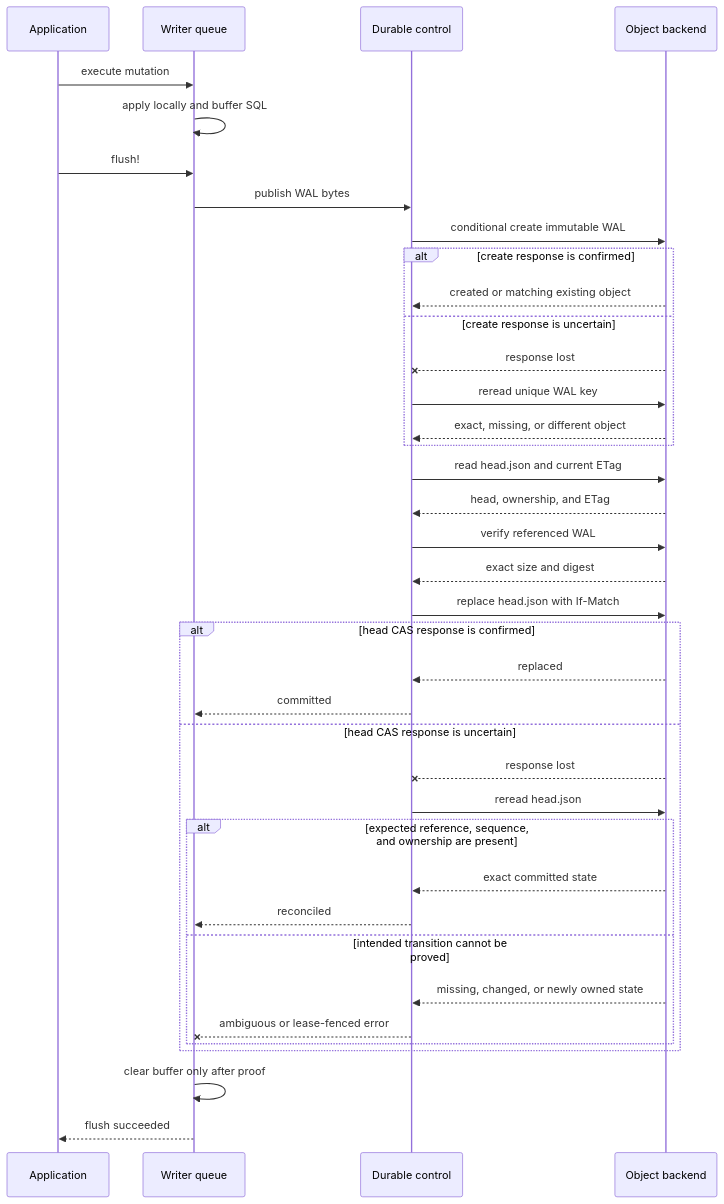
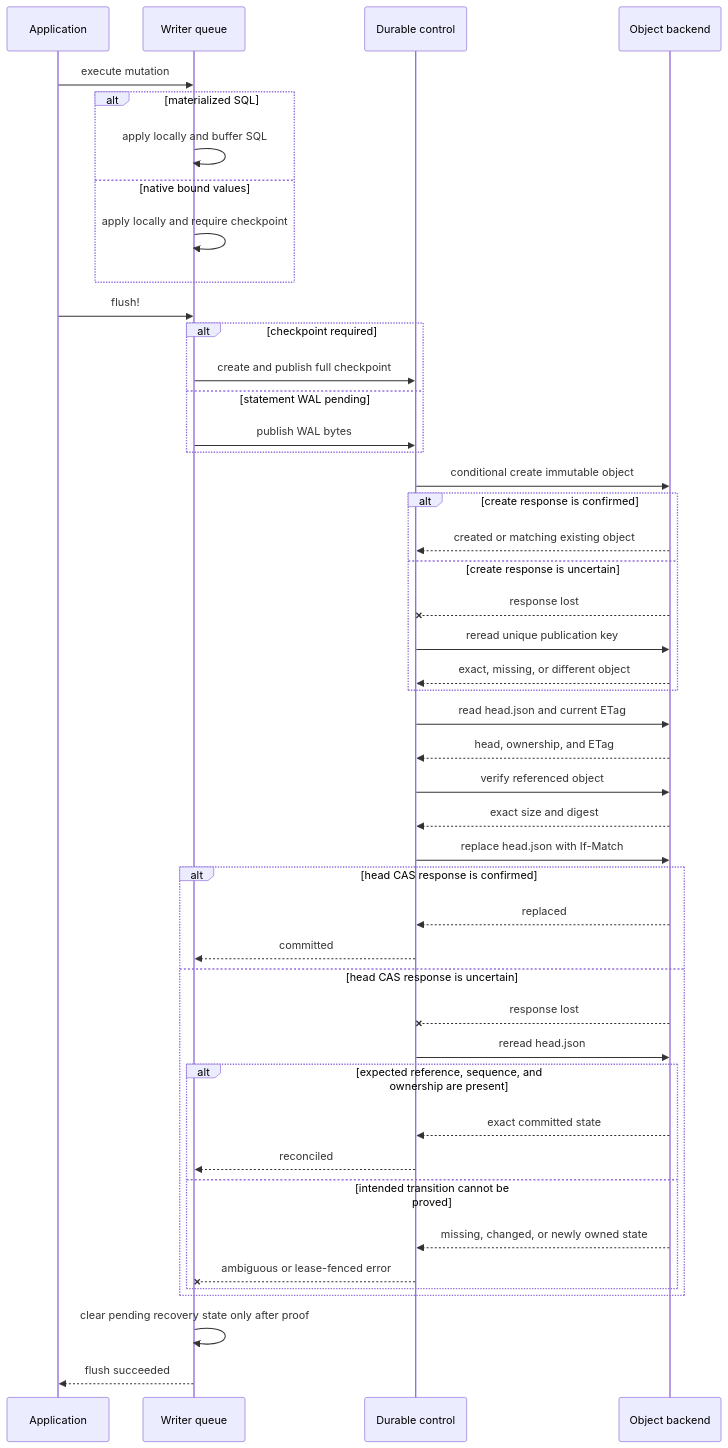
One commit to chucklehead-dev/jolt-chdb changed the third of 3 diagrams in docs/durable.md. Above: the diagram before and after it, drawn with Mermaid. The commit also changed other lines of this file and 12 other files, not shown here.

````diff
--- a/docs/durable.md
+++ b/docs/durable.md
@@ -295,41 +301,49 @@
 ```mermaid
 sequenceDiagram
   participant A as Application
   participant W as Writer queue
   participant C as Durable control
   participant B as Object backend
 
   A->>W: execute mutation
-  W->>W: apply locally and buffer SQL
+  alt materialized SQL
+    W->>W: apply locally and buffer SQL
+  else native bound values
+    W->>W: apply locally and require checkpoint
+  end
   A->>W: flush!
-  W->>C: publish WAL bytes
-  C->>B: conditional create immutable WAL
+  alt checkpoint required
+    W->>C: create and publish full checkpoint
+  else statement WAL pending
+    W->>C: publish WAL bytes
+  end
+  C->>B: conditional create immutable object
   alt create response is confirmed
     B-->>C: created or matching existing object
   else create response is uncertain
     B--xC: response lost
-    C->>B: reread unique WAL key
+    C->>B: reread unique publication key
     B-->>C: exact, missing, or different object
   end
   C->>B: read head.json and current ETag
   B-->>C: head, ownership, and ETag
-  C->>B: verify referenced WAL
+  C->>B: verify referenced object
   B-->>C: exact size and digest
   C->>B: replace head.json with If-Match
   alt head CAS response is confirmed
     B-->>C: replaced
     C-->>W: committed
   else head CAS response is uncertain
     B--xC: response lost
     C->>B: reread head.json
     alt expected reference, sequence, and ownership are present
       B-->>C: exact committed state
       C-->>W: reconciled
     else intended transition cannot be proved
       B-->>C: missing, changed, or newly owned state
       C--xW: ambiguous or lease-fenced error
     end
   end
-  W->>W: clear buffer only after proof
+  W->>W: clear pending recovery state only after proof
   W-->>A: flush succeeded
 ```
````
